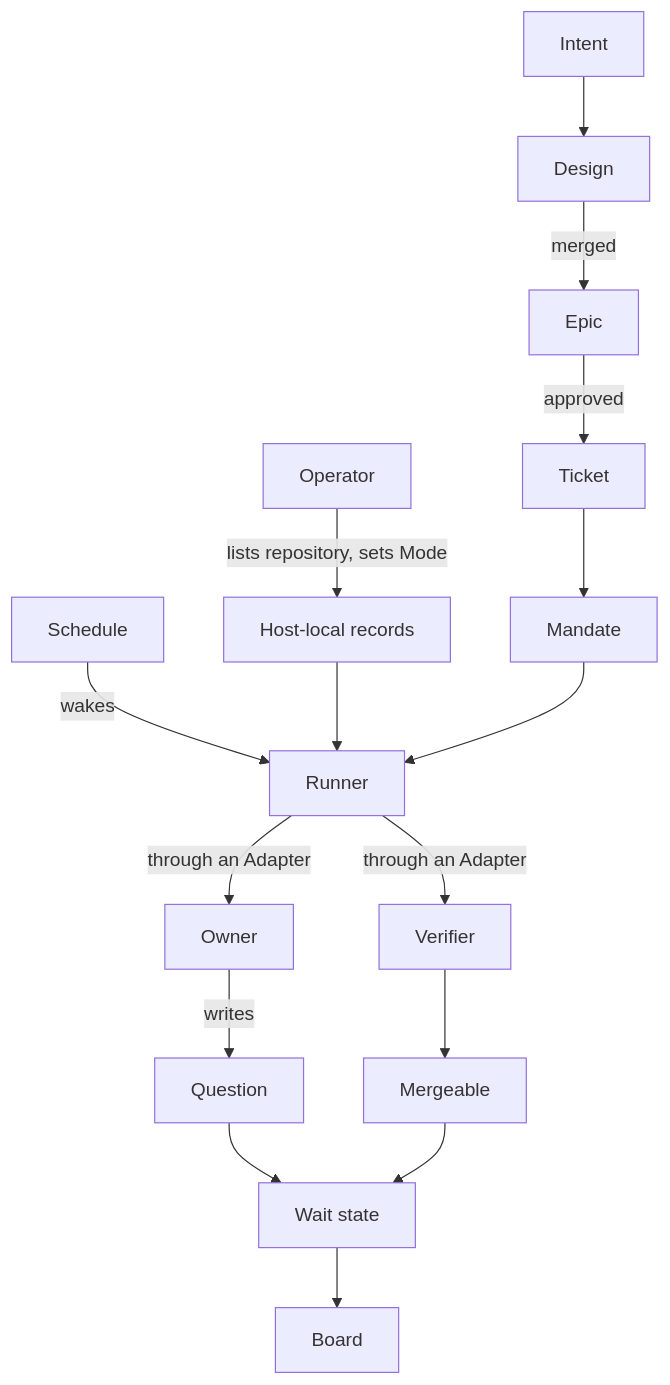
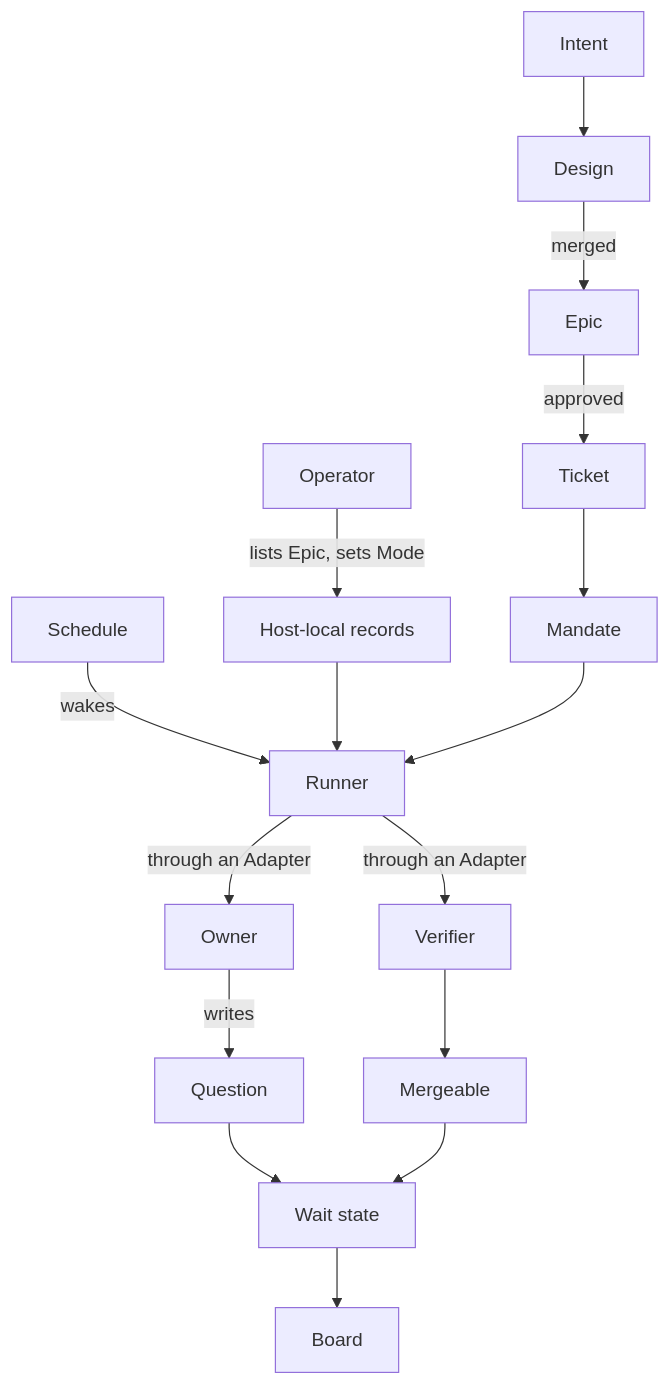
Before and after one commit to maro114510/skills: the second of 6 diagrams in docs/design/development-pipeline.md, drawn with Mermaid. The commit also changed other lines of this file and 1 other file, not shown here.

````diff
--- a/docs/design/development-pipeline.md
+++ b/docs/design/development-pipeline.md
@@ -34,18 +34,18 @@
 ```mermaid
 flowchart TB
   Intent --> Design
   Design -->|merged| Epic
   Epic -->|approved| Ticket
   Ticket --> Mandate
-  Operator -->|lists repository, sets Mode| Records[Host-local records]
+  Operator -->|lists Epic, sets Mode| Records[Host-local records]
   Schedule -->|wakes| Runner
   Records --> Runner
   Mandate --> Runner
   Runner -->|through an Adapter| Owner
   Runner -->|through an Adapter| Verifier
   Owner -->|writes| Question
   Question --> WaitState[Wait state]
   Verifier --> Mergeable
   Mergeable --> WaitState
   WaitState --> Board
 ```
````
